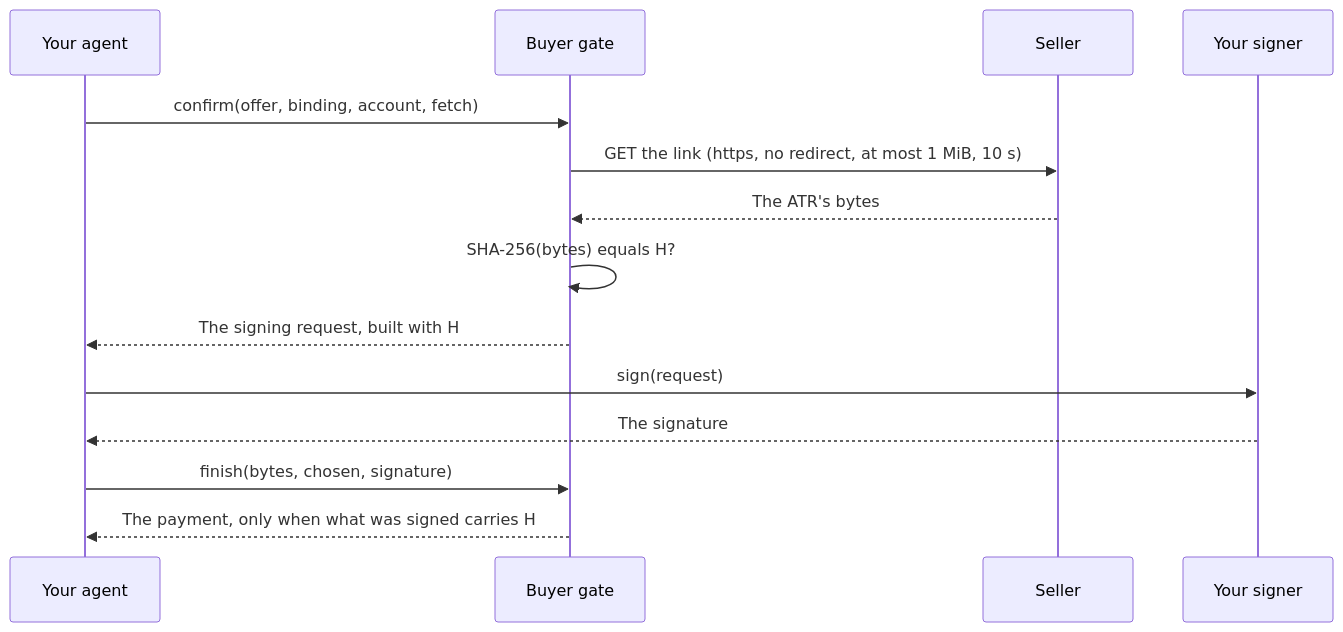
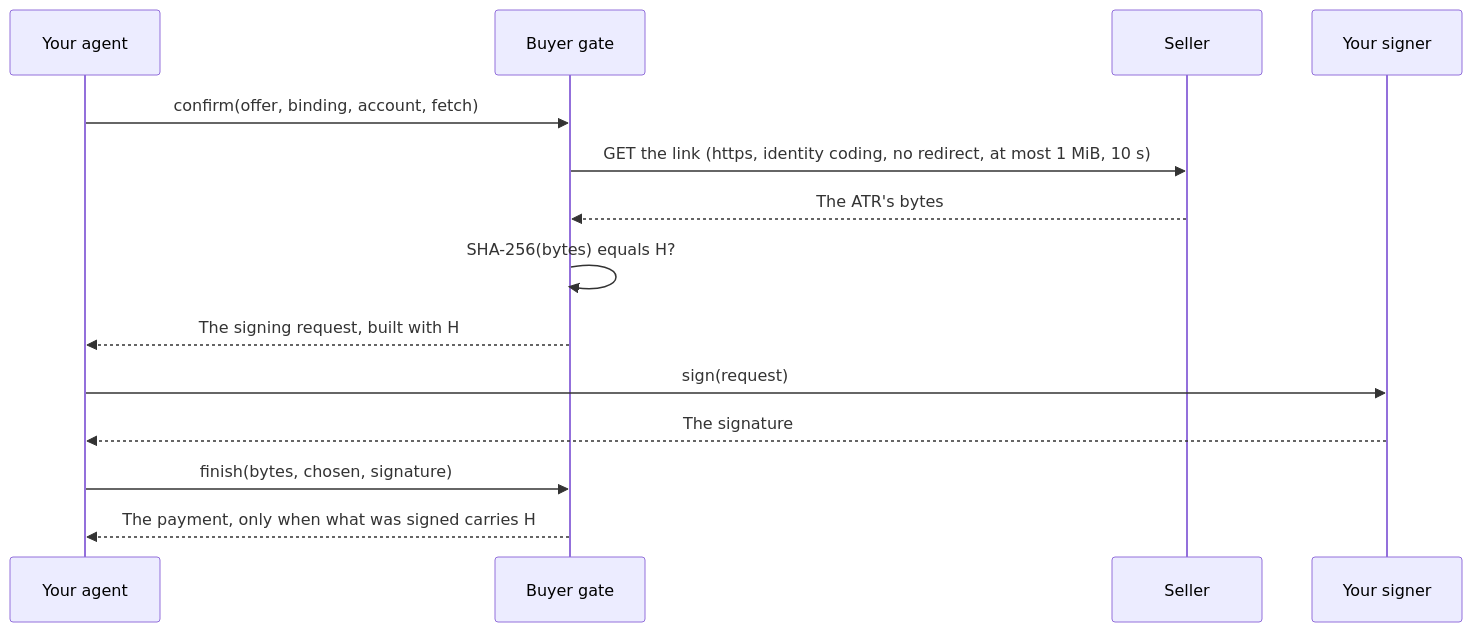
One commit to IntegraLedger/integra-agentic-terms changed the diagram in agentic-terms/README.md. Above: the diagram before and after it, drawn with Mermaid. The commit also changed other lines of this file and 25 other files, not shown here.

First line of the commit message:
The gates ask for the identity coding and read bytes as sent; terms-mcp fetches from public addresses only

````diff
--- a/agentic-terms/README.md
+++ b/agentic-terms/README.md
@@ -131,16 +131,16 @@
 ```mermaid
 sequenceDiagram
     participant A as Your agent
     participant G as Buyer gate
     participant S as Seller
     participant W as Your signer
     A->>G: confirm(offer, binding, account, fetch)
-    G->>S: GET the link (https, no redirect, at most 1 MiB, 10 s)
+    G->>S: GET the link (https, identity coding, no redirect, at most 1 MiB, 10 s)
     S-->>G: The ATR's bytes
     G->>G: SHA-256(bytes) equals H?
     G-->>A: The signing request, built with H
     A->>W: sign(request)
     W-->>A: The signature
     A->>G: finish(bytes, chosen, signature)
     G-->>A: The payment, only when what was signed carries H
 ```
````
